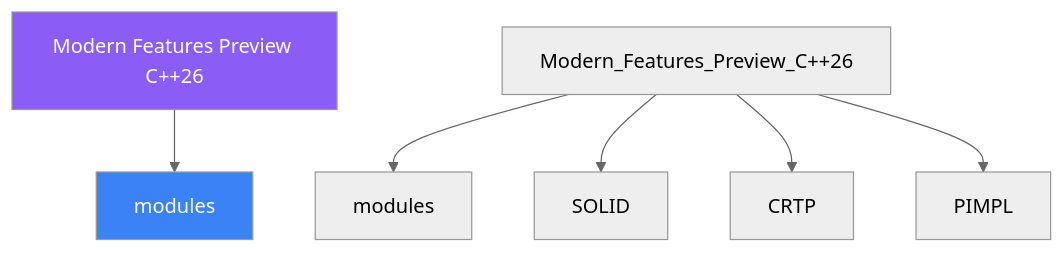
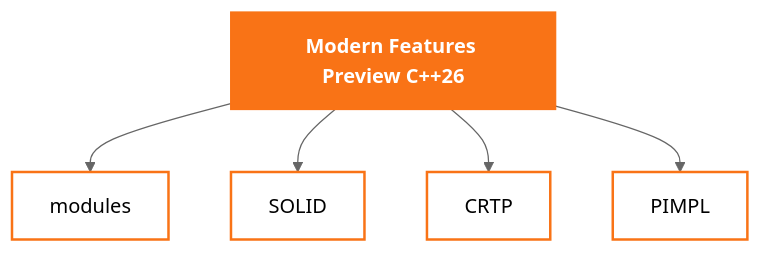
The diagram in mkdocs-site/docs/days/day-23/02-definition.md (AI-Maddy/Learn-Modern-CPP-OOP-30-Days), drawn with Mermaid (neutral theme) before and after one commit. The commit also changed 99 other files, not shown here.

````diff
--- a/mkdocs-site/docs/days/day-23/02-definition.md
+++ b/mkdocs-site/docs/days/day-23/02-definition.md
@@ -155,10 +155,12 @@
 ```mermaid
 graph TD
-    ROOT["Modern Features Preview C++26"] --> A["modules"]
-    Modern_Features_Preview_C++26 --> modules["modules"]
-    Modern_Features_Preview_C++26 --> SOLID["SOLID"]
-    Modern_Features_Preview_C++26 --> CRTP["CRTP"]
-    Modern_Features_Preview_C++26 --> PIMPL["PIMPL"]
-    style ROOT fill:#8b5cf6,color:#fff
-    style A    fill:#3b82f6,color:#fff
+    ROOT["Modern Features Preview C++26"]
+    ROOT --> n0["modules"]
+    ROOT --> n1["SOLID"]
+    ROOT --> n2["CRTP"]
+    ROOT --> n3["PIMPL"]
+    classDef topic fill:#f97316,stroke:#f97316,color:#ffffff,font-weight:bold
+    classDef concept fill:transparent,stroke:#f97316,stroke-width:2px
+    class ROOT topic
+    class n0,n1,n2,n3 concept
 ```
````
